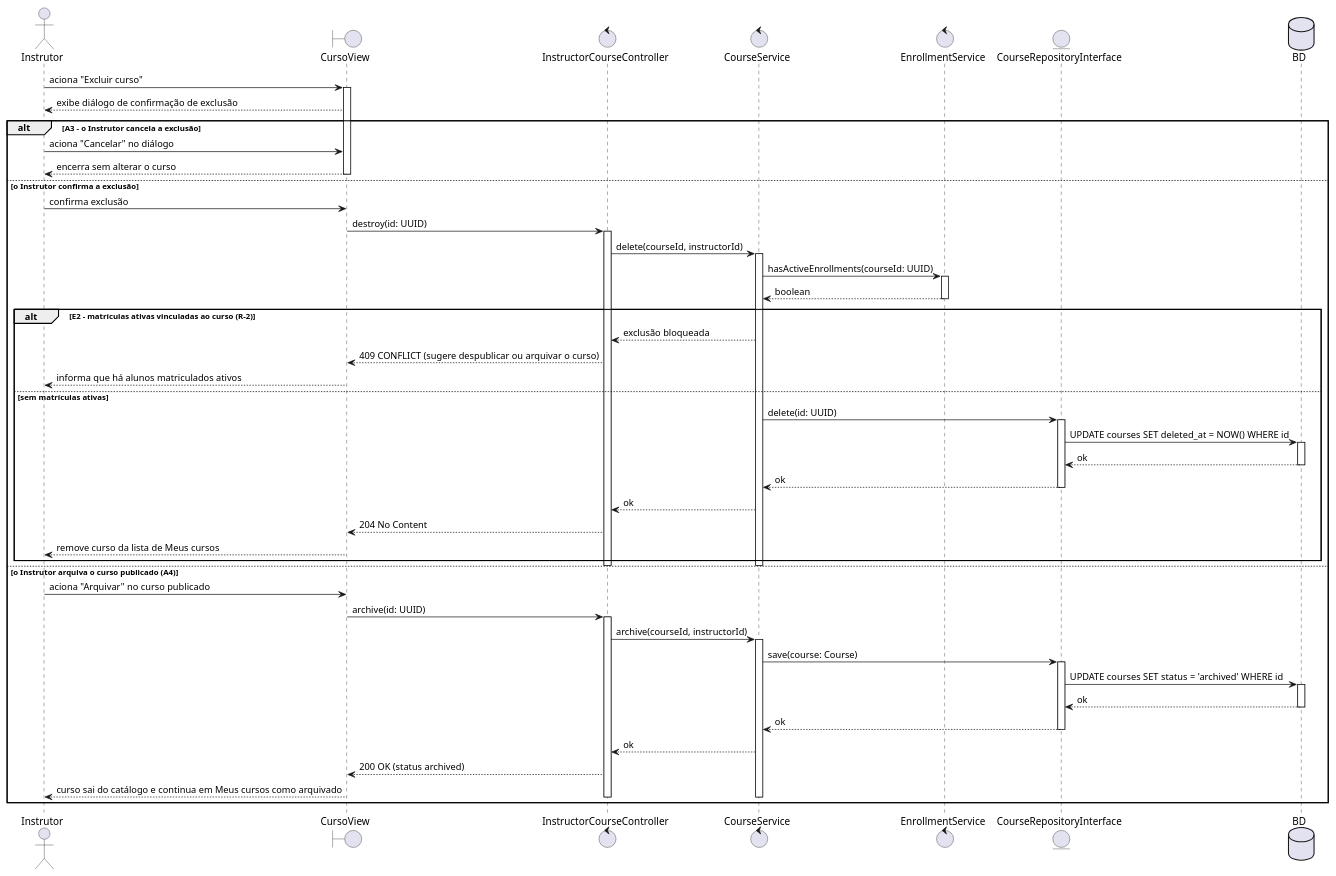
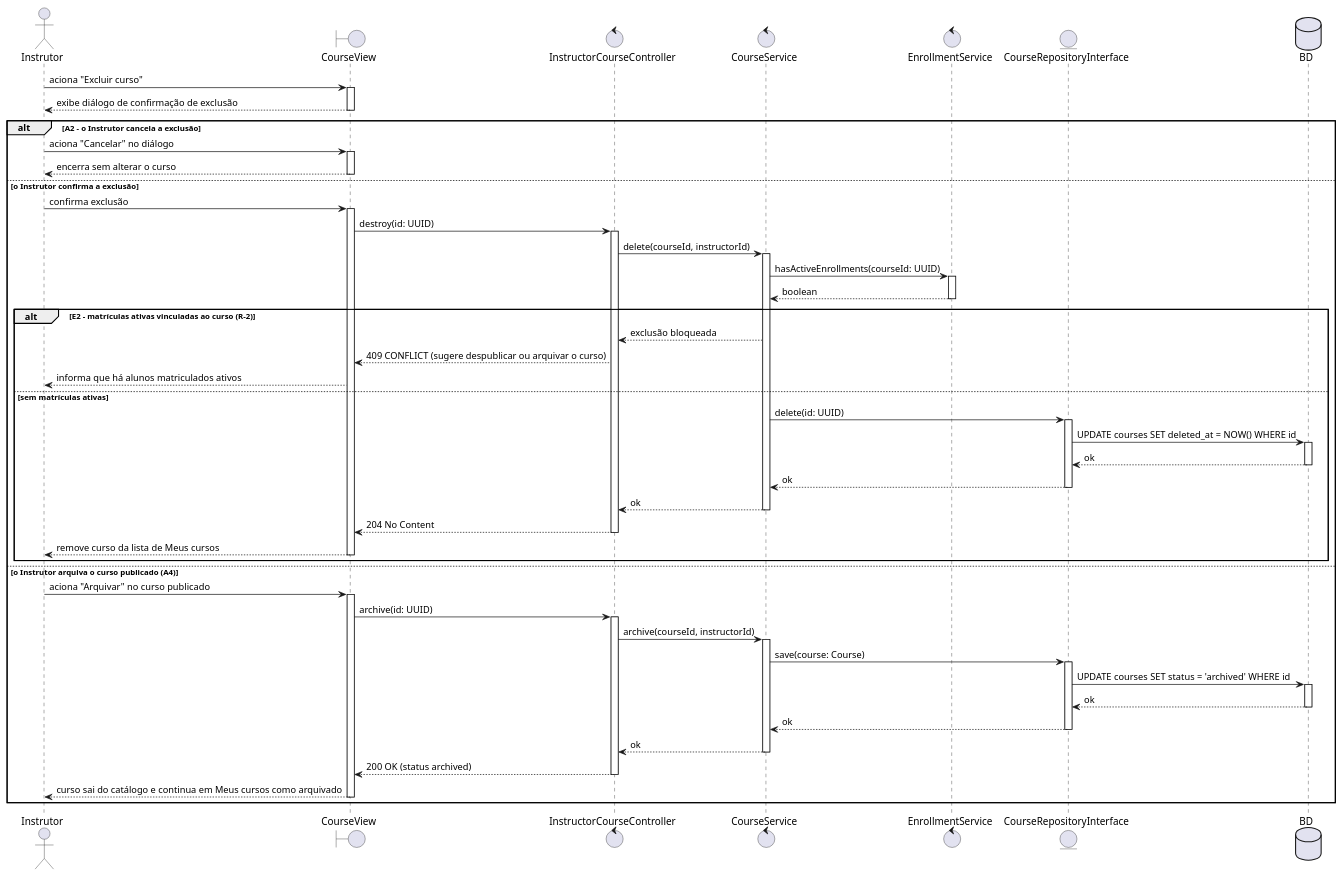
Before and after one commit to Plataforma-de-Cursos-TCC/plataforma-cursos-docs: the diagram in scripts/drawio-seqgen/exemplos/14-sequencia-uc006-2.puml, drawn with PlantUML. The commit also changed 53 other files, not shown here.

First line of the commit message:
fix(diagrama-de-sequencia): use item 13 methods and alt rule in item 14

```diff
--- a/scripts/drawio-seqgen/exemplos/14-sequencia-uc006-2.puml
+++ b/scripts/drawio-seqgen/exemplos/14-sequencia-uc006-2.puml
@@ -3,51 +3,47 @@
 @startuml 14-sequencia-uc006-2
 
 actor Instrutor as INS
-boundary CursoView as V
+boundary CourseView as V
 control InstructorCourseController as C
 control CourseService as S
 control EnrollmentService as E
 entity CourseRepositoryInterface as R
 database BD
 
 INS -> V ++ : aciona "Excluir curso"
-V --> INS : exibe diálogo de confirmação de exclusão
-alt A3 - o Instrutor cancela a exclusão
-  INS -> V : aciona "Cancelar" no diálogo
+V --> INS -- : exibe diálogo de confirmação de exclusão
+alt A2 - o Instrutor cancela a exclusão
+  INS -> V ++ : aciona "Cancelar" no diálogo
   V --> INS -- : encerra sem alterar o curso
 else o Instrutor confirma a exclusão
-  INS -> V : confirma exclusão
+  INS -> V ++ : confirma exclusão
   V -> C ++ : destroy(id: UUID)
   C -> S ++ : delete(courseId, instructorId)
   S -> E ++ : hasActiveEnrollments(courseId: UUID)
   E --> S -- : boolean
   alt E2 - matrículas ativas vinculadas ao curso (R-2)
     S --> C : exclusão bloqueada
     C --> V : 409 CONFLICT (sugere despublicar ou arquivar o curso)
     V --> INS : informa que há alunos matriculados ativos
   else sem matrículas ativas
     S -> R ++ : delete(id: UUID)
     R -> BD ++ : UPDATE courses SET deleted_at = NOW() WHERE id
     BD --> R -- : ok
     R --> S -- : ok
-    S --> C : ok
-    C --> V : 204 No Content
-    V --> INS : remove curso da lista de Meus cursos
+    S --> C -- : ok
+    C --> V -- : 204 No Content
+    V --> INS -- : remove curso da lista de Meus cursos
   end
-  deactivate S
-  deactivate C
 else o Instrutor arquiva o curso publicado (A4)
-  INS -> V : aciona "Arquivar" no curso publicado
+  INS -> V ++ : aciona "Arquivar" no curso publicado
   V -> C ++ : archive(id: UUID)
   C -> S ++ : archive(courseId, instructorId)
   S -> R ++ : save(course: Course)
   R -> BD ++ : UPDATE courses SET status = 'archived' WHERE id
   BD --> R -- : ok
   R --> S -- : ok
-  S --> C : ok
-  C --> V : 200 OK (status archived)
-  V --> INS : curso sai do catálogo e continua em Meus cursos como arquivado
-  deactivate S
-  deactivate C
+  S --> C -- : ok
+  C --> V -- : 200 OK (status archived)
+  V --> INS -- : curso sai do catálogo e continua em Meus cursos como arquivado
 end
 @enduml
```
